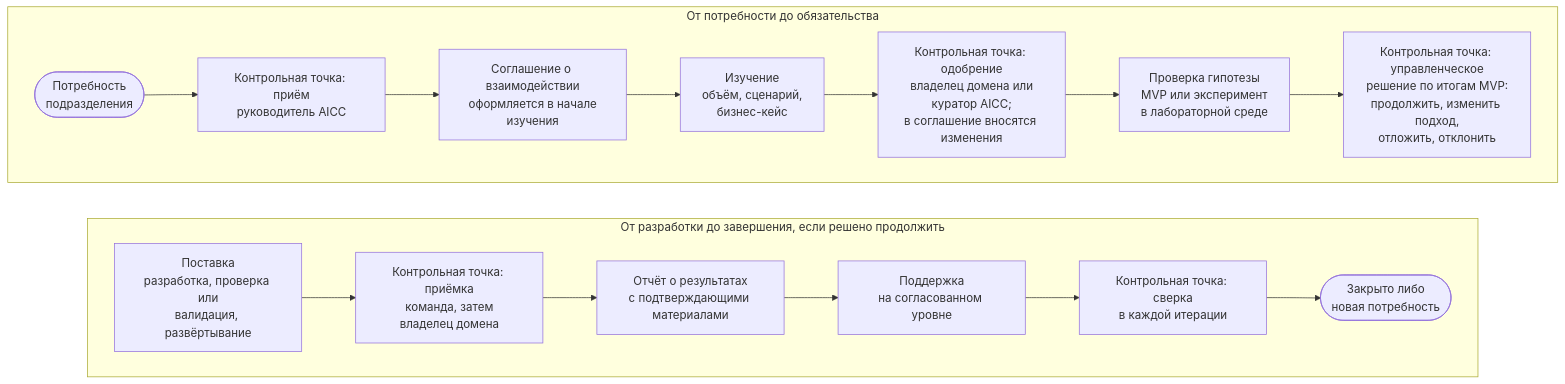
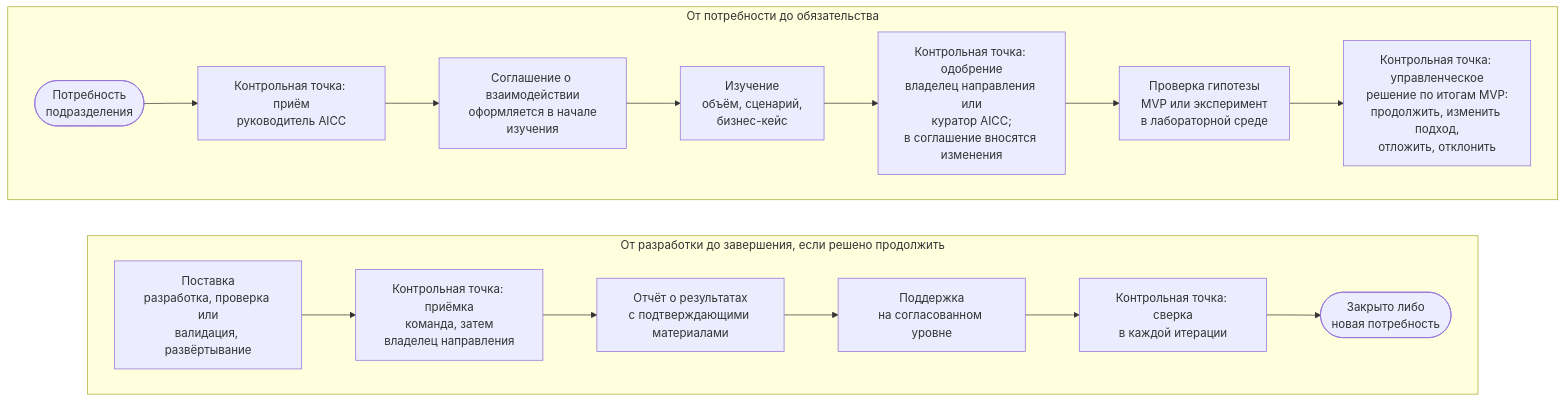
Before and after one commit to devhogu/ob-aicc: the diagram in portal/content/ru/about/how-we-work.md, drawn with Mermaid. The commit also changed other lines of this file and 290 other files, not shown here.

First line of the commit message:
Russian edition: Domain is «направление» (владелец направления, эксперт направления); Strategic Priority 3 is «AI в работе направлений Банка»

````diff
--- a/portal/content/ru/about/how-we-work.md
+++ b/portal/content/ru/about/how-we-work.md
@@ -15,21 +15,21 @@
 ```mermaid
 flowchart TB
   subgraph ROW1["От потребности до обязательства"]
     direction LR
     C(["Потребность<br/>подразделения"]) --> G1["Контрольная точка: приём<br/>руководитель AICC"]
     G1 --> SA["Соглашение о взаимодействии<br/>оформляется в начале<br/>изучения"]
     SA --> ST["Изучение<br/>объём, сценарий,<br/>бизнес-кейс"]
-    ST --> G2["Контрольная точка: одобрение<br/>владелец домена или<br/>куратор AICC;<br/>в соглашение вносятся изменения"]
+    ST --> G2["Контрольная точка: одобрение<br/>владелец направления или<br/>куратор AICC;<br/>в соглашение вносятся изменения"]
     G2 --> MV["Проверка гипотезы<br/>MVP или эксперимент<br/>в лабораторной среде"]
     MV --> G3["Контрольная точка: управленческое<br/>решение по итогам MVP:<br/>продолжить, изменить подход,<br/>отложить, отклонить"]
   end
   subgraph ROW2["От разработки до завершения, если решено продолжить"]
     direction LR
-    DL["Поставка<br/>разработка, проверка или<br/>валидация, развёртывание"] --> G4["Контрольная точка: приёмка<br/>команда, затем<br/>владелец домена"]
+    DL["Поставка<br/>разработка, проверка или<br/>валидация, развёртывание"] --> G4["Контрольная точка: приёмка<br/>команда, затем<br/>владелец направления"]
     G4 --> OR["Отчёт о результатах<br/>с подтверждающими материалами"]
     OR --> SP["Поддержка<br/>на согласованном уровне"]
     SP --> G5["Контрольная точка: сверка<br/>в каждой итерации"]
     G5 --> E(["Закрыто либо<br/>новая потребность"])
   end
   ROW1 ~~~ ROW2
 ```
````
